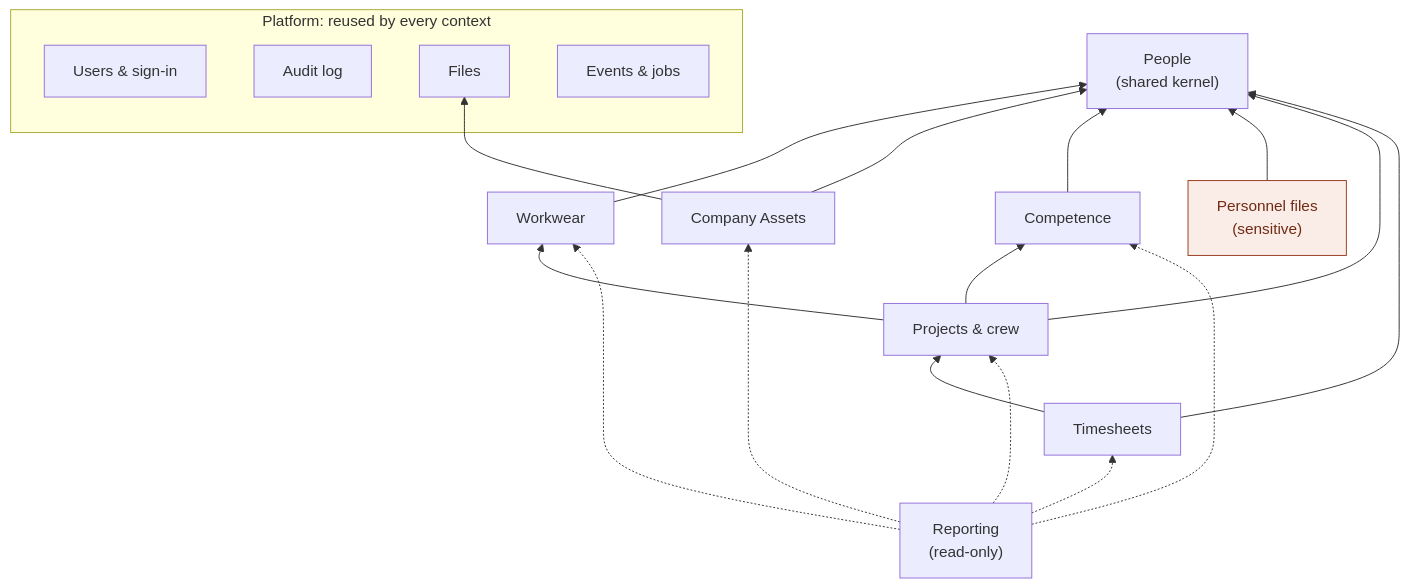
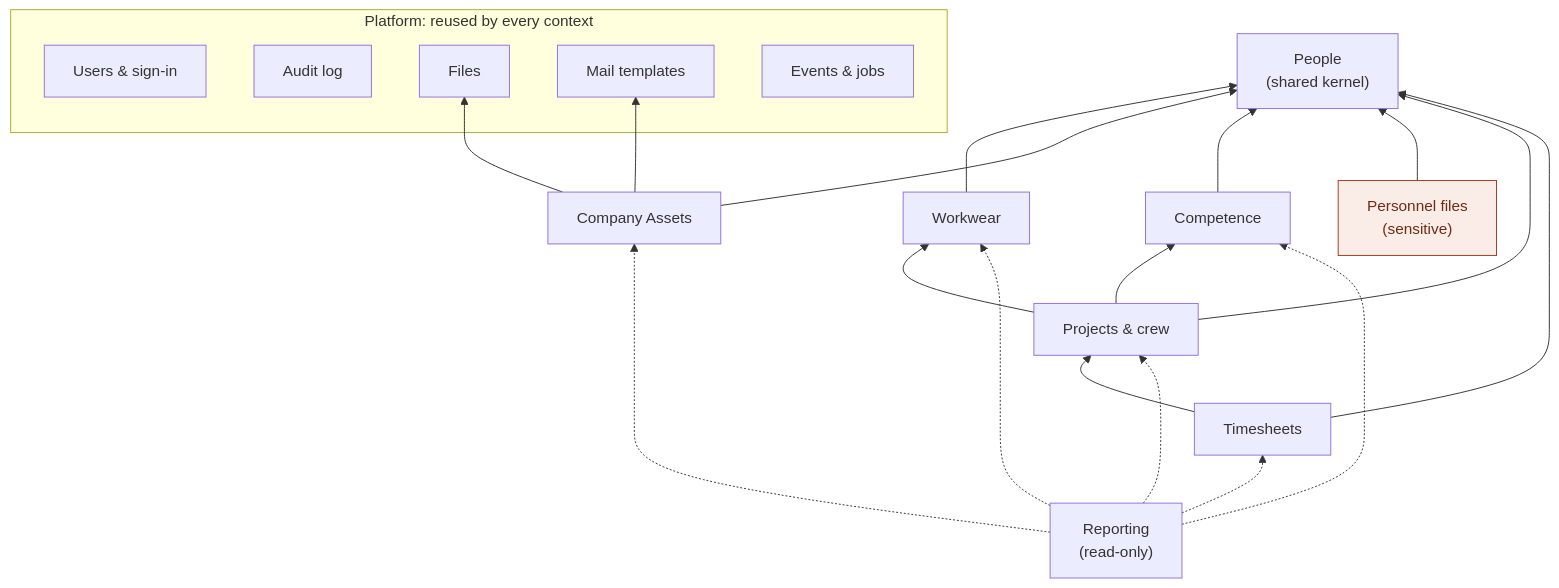
Before and after one commit to remisb/ppe-next2: the diagram in docs/architecture/context-map.md, drawn with Mermaid. The commit also changed other lines of this file and 96 other files, not shown here.

````diff
--- a/docs/architecture/context-map.md
+++ b/docs/architecture/context-map.md
@@ -16,37 +16,39 @@
 ```mermaid
 flowchart BT
     subgraph platform [Platform: reused by every context]
         iam[Users & sign-in]
         audit[Audit log]
         files[Files]
+        mail[Mail templates]
         events[Events & jobs]
     end
 
     people["People<br/>(shared kernel)"]
     workwear[Workwear]
     assets[Company Assets]
     competence[Competence]
     personnel["Personnel files<br/>(sensitive)"]
     projects[Projects & crew]
     time[Timesheets]
     reporting["Reporting<br/>(read-only)"]
 
     workwear --> people
     assets --> people
     assets --> files
+    assets --> mail
     competence --> people
     personnel --> people
     projects --> people
     projects --> workwear
     projects --> competence
     time --> projects
     time --> people
     reporting -.-> workwear
     reporting -.-> assets
     reporting -.-> competence
     reporting -.-> projects
     reporting -.-> time
 
     classDef sensitive fill:#FAECE7,stroke:#993C1D,color:#712B13
     class personnel sensitive
 ```
````
